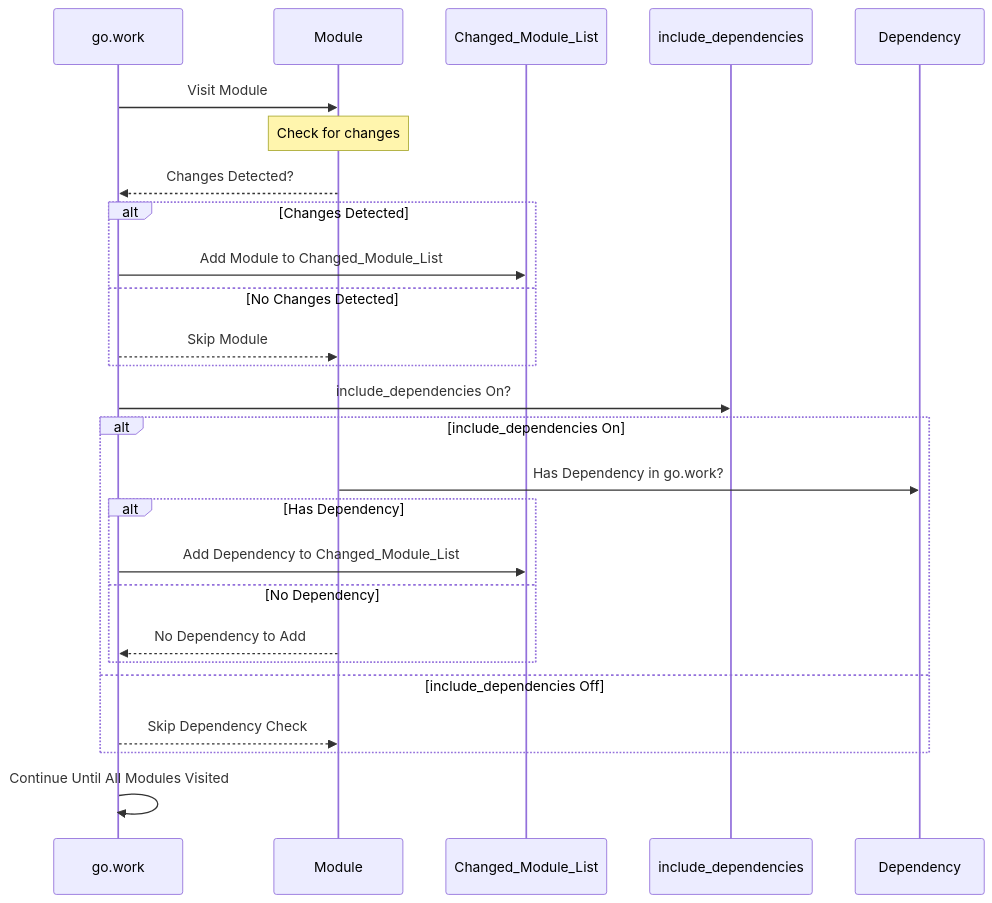
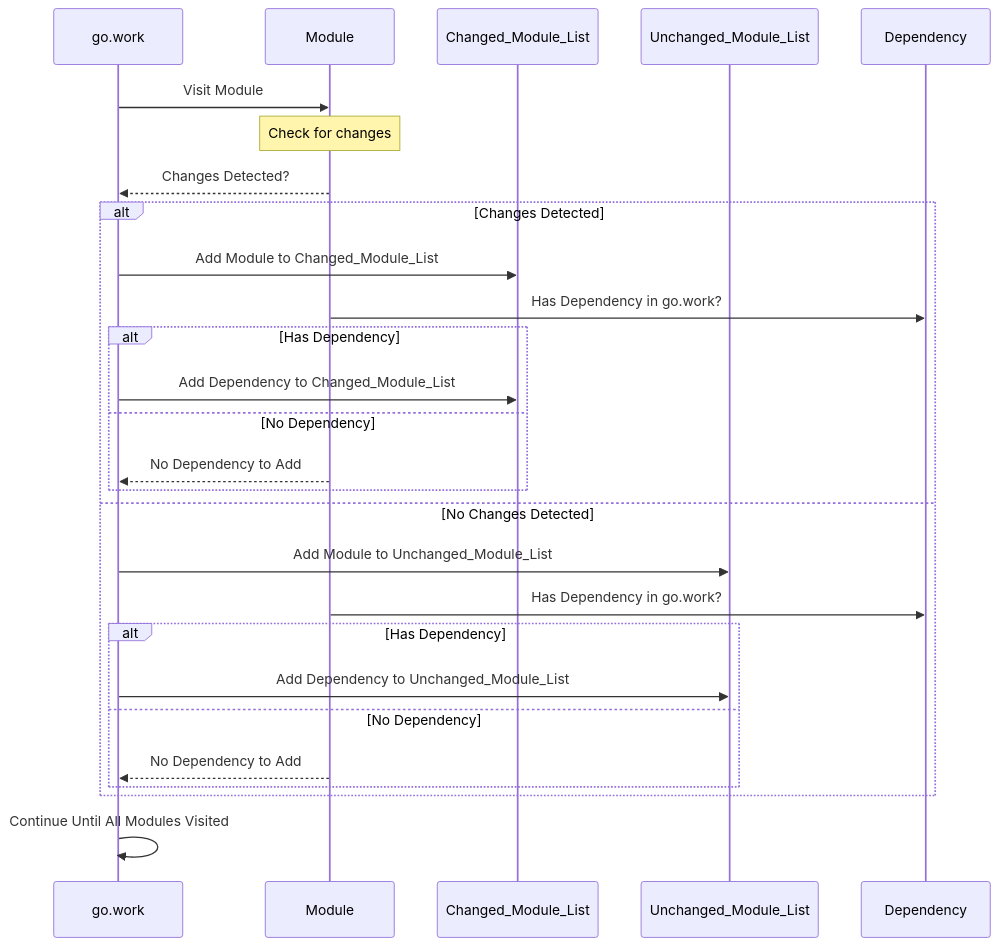
Before and after one commit to synapsecns/sanguine: the second of 2 diagrams in contrib/git-changes-action/README.md, drawn with Mermaid.

Commit message:
redo module

````diff
--- a/contrib/git-changes-action/README.md
+++ b/contrib/git-changes-action/README.md
@@ -98,29 +98,30 @@
 ```mermaid
 sequenceDiagram
-    participant GW as go.work
-    participant M as Module
-    participant CML as Changed_Module_List
-    participant ID as include_dependencies
-    participant D as Dependency
+  participant GW as go.work
+  participant M as Module
+  participant CML as Changed_Module_List
+  participant UML as Unchanged_Module_List
+  participant D as Dependency
 
-    GW->>M: Visit Module
-    Note over M: Check for changes
-    M-->>GW: Changes Detected?
-    alt Changes Detected
-        GW->>CML: Add Module to Changed_Module_List
-    else No Changes Detected
-        GW-->>M: Skip Module
+  GW->>M: Visit Module
+  Note over M: Check for changes
+  M-->>GW: Changes Detected?
+  alt Changes Detected
+    GW->>CML: Add Module to Changed_Module_List
+    M->>D: Has Dependency in go.work?
+    alt Has Dependency
+      GW->>CML: Add Dependency to Changed_Module_List
+    else No Dependency
+      M-->>GW: No Dependency to Add
     end
-    GW->>ID: include_dependencies On?
-    alt include_dependencies On
-        M->>D: Has Dependency in go.work?
-        alt Has Dependency
-            GW->>CML: Add Dependency to Changed_Module_List
-        else No Dependency
-            M-->>GW: No Dependency to Add
-        end
-    else include_dependencies Off
-        GW-->>M: Skip Dependency Check
+  else No Changes Detected
+    GW->>UML: Add Module to Unchanged_Module_List
+    M->>D: Has Dependency in go.work?
+    alt Has Dependency
+      GW->>UML: Add Dependency to Unchanged_Module_List
+    else No Dependency
+      M-->>GW: No Dependency to Add
     end
-    GW->>GW: Continue Until All Modules Visited
+  end
+  GW->>GW: Continue Until All Modules Visited
 ```
````
